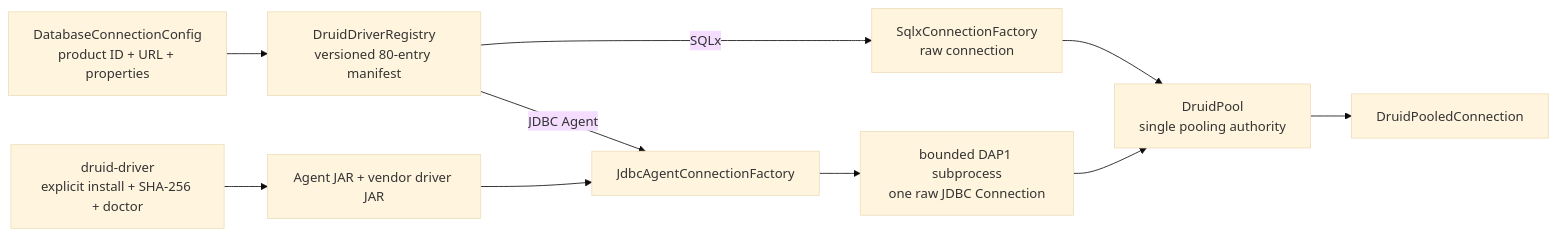
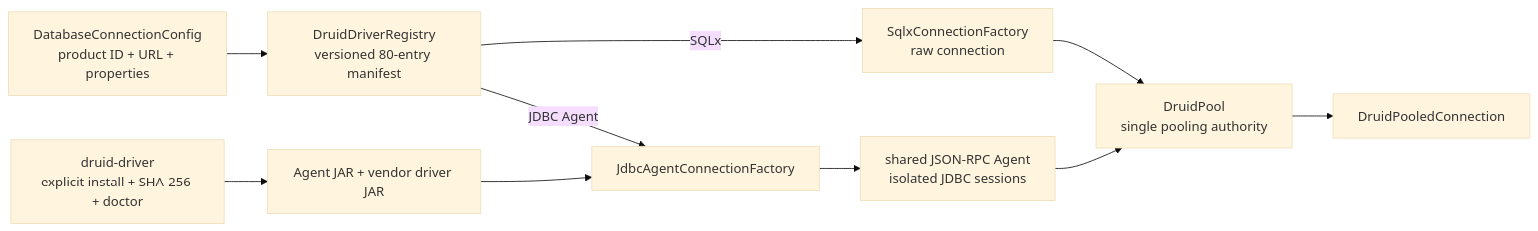
The second of 2 diagrams in README.md (easy-4-rust/druid-rust), drawn with Mermaid (base theme) before and after one commit. The commit also changed other lines of this file and 84 other files, not shown here.

Commit message:
feat(driver): 增强驱动基线与共享 JDBC Agent

````diff
--- a/README.md
+++ b/README.md
@@ -274,12 +274,12 @@
 ```mermaid
 flowchart LR
     Config["DatabaseConnectionConfig<br/>product ID + URL + properties"] --> Registry["DruidDriverRegistry<br/>versioned 80-entry manifest"]
     Registry -->|SQLx| Native["SqlxConnectionFactory<br/>raw connection"]
     Registry -->|JDBC Agent| AgentFactory["JdbcAgentConnectionFactory"]
     Admin["druid-driver<br/>explicit install + SHA-256 + doctor"] --> Jar["Agent JAR + vendor driver JAR"]
     Jar --> AgentFactory
-    AgentFactory --> Process["bounded DAP1 subprocess<br/>one raw JDBC Connection"]
+    AgentFactory --> Process["shared JSON-RPC Agent<br/>isolated JDBC sessions"]
     Native --> Pool["DruidPool<br/>single pooling authority"]
     Process --> Pool
     Pool --> Public["DruidPooledConnection"]
 ```
````
